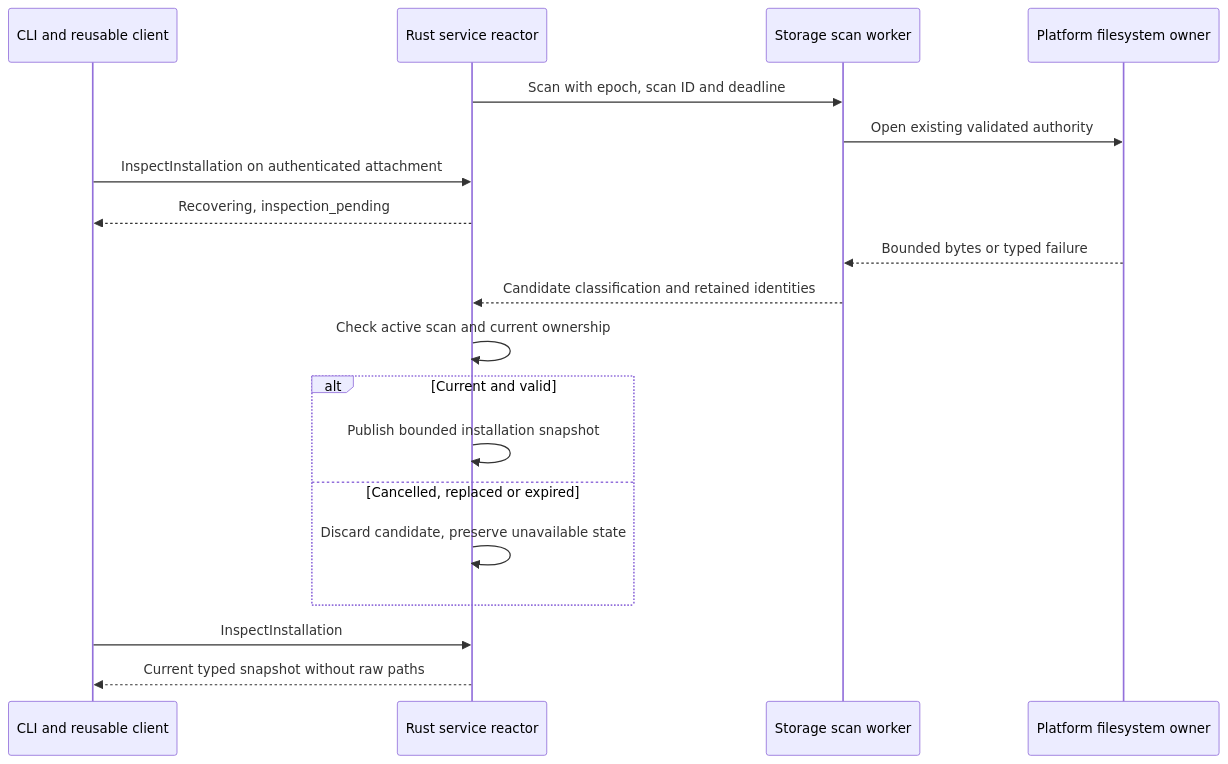
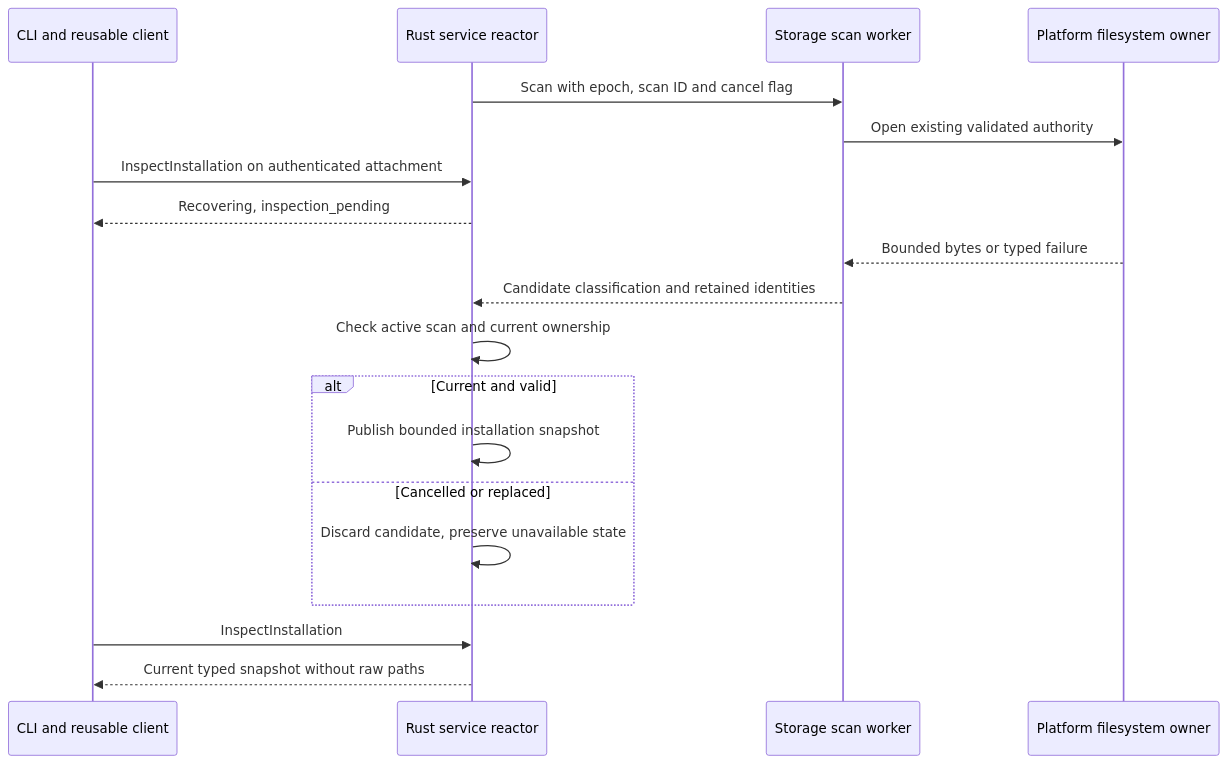
Before and after one commit to pidster/asura: the fourth of 7 diagrams in docs/designs/persistence-recovery.md, drawn with Mermaid. The commit also changed other lines of this file and 39 other files, not shown here.

````diff
--- a/docs/designs/persistence-recovery.md
+++ b/docs/designs/persistence-recovery.md
@@ -308,21 +309,21 @@
 ```mermaid
 sequenceDiagram
     participant CLI as CLI and reusable client
     participant S as Rust service reactor
     participant W as Storage scan worker
     participant P as Platform filesystem owner
-    S->>W: Scan with epoch, scan ID and deadline
+    S->>W: Scan with epoch, scan ID and cancel flag
     W->>P: Open existing validated authority
     CLI->>S: InspectInstallation on authenticated attachment
     S-->>CLI: Recovering, inspection_pending
     P-->>W: Bounded bytes or typed failure
     W-->>S: Candidate classification and retained identities
     S->>S: Check active scan and current ownership
     alt Current and valid
         S->>S: Publish bounded installation snapshot
-    else Cancelled, replaced or expired
+    else Cancelled or replaced
         S->>S: Discard candidate, preserve unavailable state
     end
     CLI->>S: InspectInstallation
     S-->>CLI: Current typed snapshot without raw paths
 ```
````
